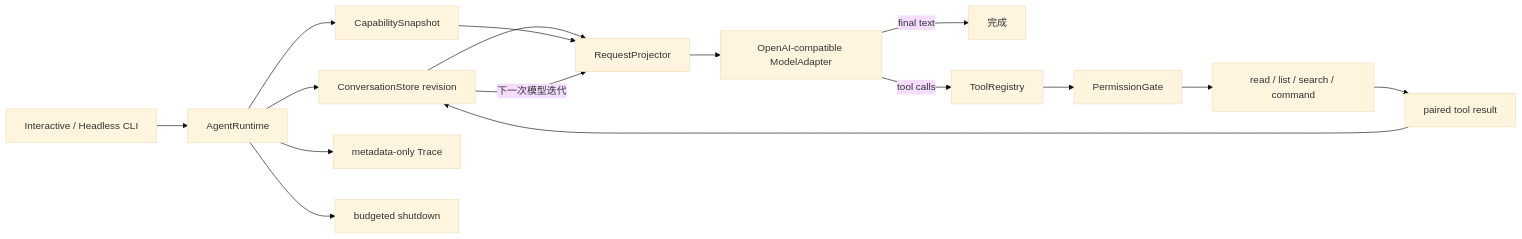
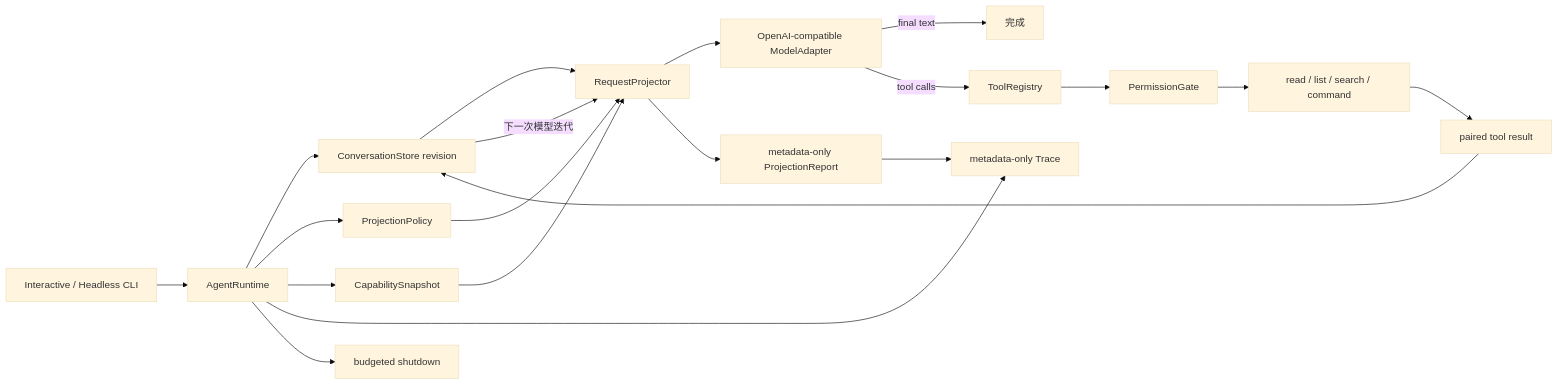
The diagram in mini-agent-harness/README.md (bai201928/claude-code-source-course), drawn with Mermaid (base theme) before and after one commit. The commit also changed other lines of this file and 29 other files, not shown here.

````diff
--- a/mini-agent-harness/README.md
+++ b/mini-agent-harness/README.md
@@ -9,18 +9,22 @@
 ```mermaid
 flowchart LR
   CLI["Interactive / Headless CLI"] --> AR["AgentRuntime"]
   AR --> CS["ConversationStore revision"]
   CS --> RP["RequestProjector"]
+  AR --> POL["ProjectionPolicy"]
+  POL --> RP
   AR --> CAP["CapabilitySnapshot"]
   CAP --> RP
   RP --> MODEL["OpenAI-compatible ModelAdapter"]
   MODEL -->|"final text"| DONE["完成"]
   MODEL -->|"tool calls"| REG["ToolRegistry"]
   REG --> PERM["PermissionGate"]
   PERM --> TOOL["read / list / search / command"]
   TOOL --> RESULT["paired tool result"]
   RESULT --> CS
   CS -->|"下一次模型迭代"| RP
   AR --> TRACE["metadata-only Trace"]
+  RP --> REPORT["metadata-only ProjectionReport"]
+  REPORT --> TRACE
   AR --> LIFE["budgeted shutdown"]
 ```
````
